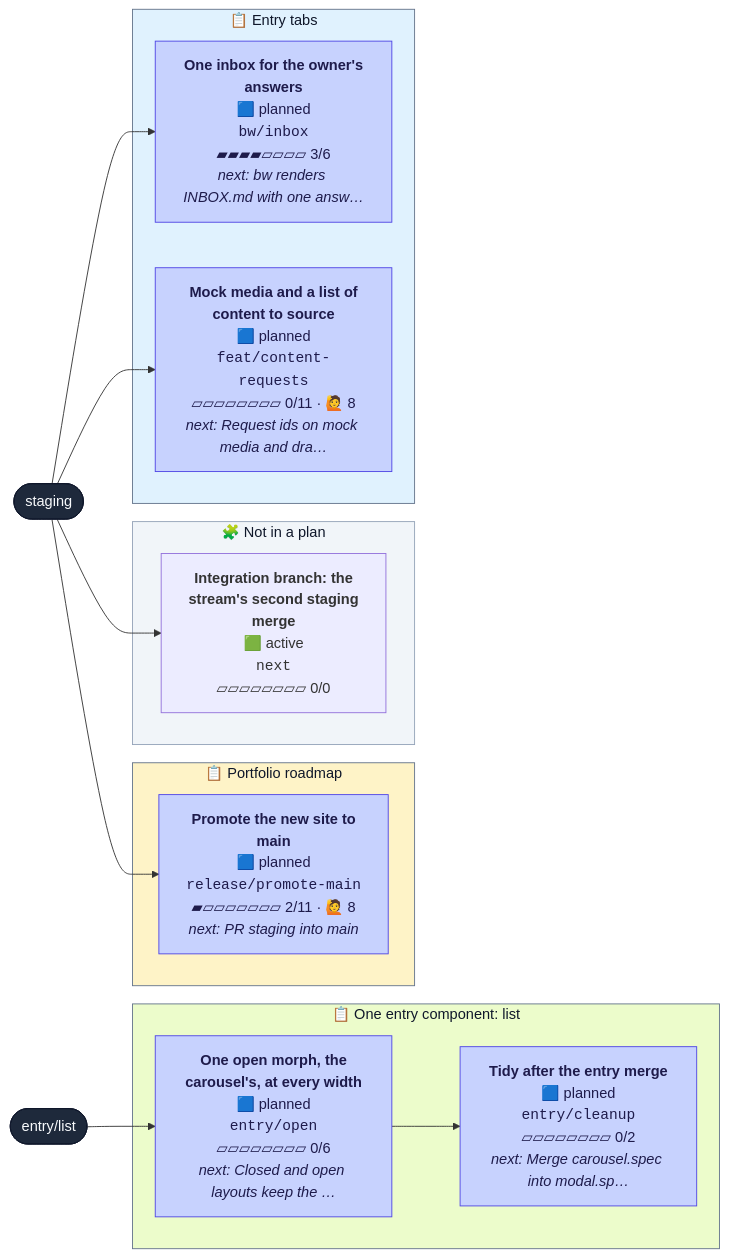
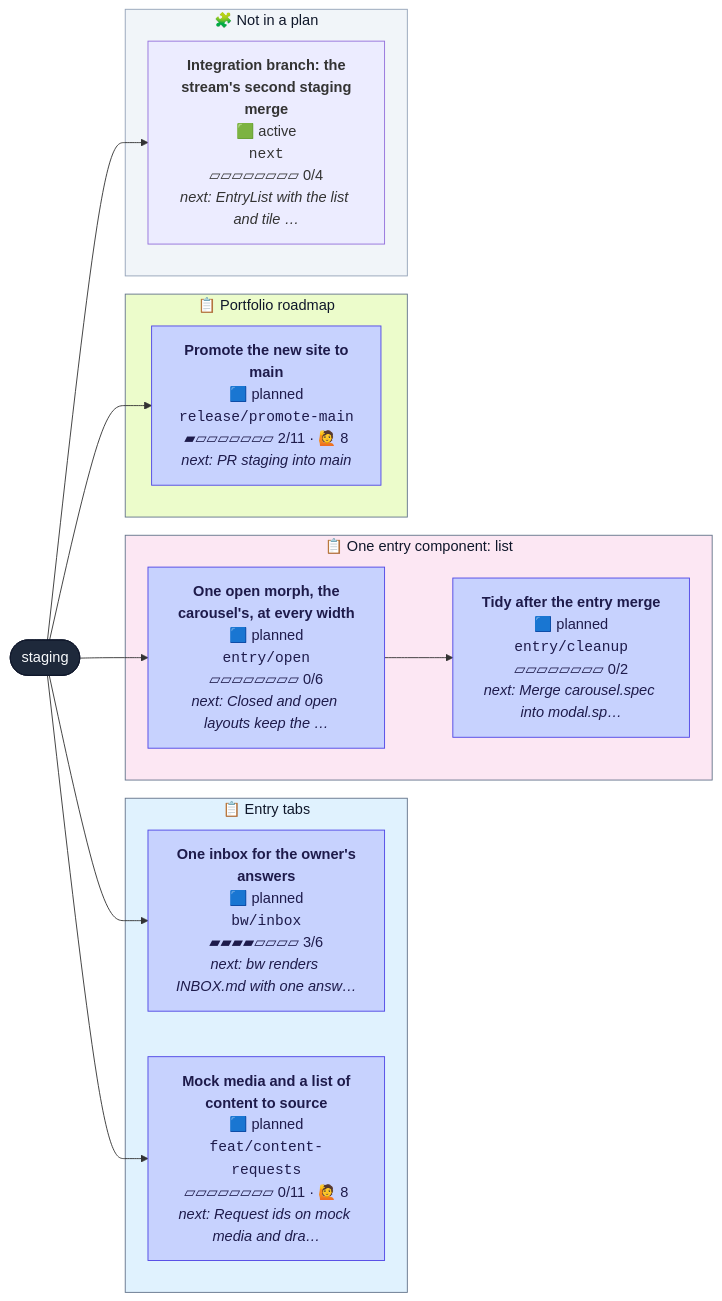
The diagram in CONTRIBUTING.md (henryjonescodes/portfolio), drawn with Mermaid before and after one commit. The commit also changed other lines of this file, not shown here.

````diff
--- a/CONTRIBUTING.md
+++ b/CONTRIBUTING.md
@@ -17,43 +17,41 @@
 ```mermaid
 flowchart LR
   n_staging([staging])
   class n_staging trunk
-  n_entry_list([entry/list])
-  class n_entry_list trunk
   subgraph plan_0["📋 Entry tabs"]
     n_bw_inbox["<b>One inbox for the owner's<br/>answers</b><br/>🟦 planned<br/><code>bw/inbox</code><br/>▰▰▰▰▱▱▱▱ 3/6<br/><i>next: bw renders INBOX.md with one answ…</i>"]
     class n_bw_inbox planned
     n_feat_content_requests["<b>Mock media and a list of<br/>content to source</b><br/>🟦 planned<br/><code>feat/content-requests</code><br/>▱▱▱▱▱▱▱▱ 0/11 · 🙋 8<br/><i>next: Request ids on mock media and dra…</i>"]
     class n_feat_content_requests planned
   end
   style plan_0 fill:#e0f2fe,stroke:#64748b,color:#0f172a
-  subgraph plan_2["📋 One entry component: list"]
+  subgraph plan_1["📋 One entry component: list"]
     n_entry_cleanup["<b>Tidy after the entry merge</b><br/>🟦 planned<br/><code>entry/cleanup</code><br/>▱▱▱▱▱▱▱▱ 0/2<br/><i>next: Merge carousel.spec into modal.sp…</i>"]
     class n_entry_cleanup planned
     n_entry_open["<b>One open morph, the<br/>carousel's, at every width</b><br/>🟦 planned<br/><code>entry/open</code><br/>▱▱▱▱▱▱▱▱ 0/6<br/><i>next: Closed and open layouts keep the …</i>"]
     class n_entry_open planned
   end
-  style plan_2 fill:#ecfccb,stroke:#64748b,color:#0f172a
-  subgraph plan_3["📋 Portfolio roadmap"]
+  style plan_1 fill:#fce7f3,stroke:#64748b,color:#0f172a
+  subgraph plan_2["📋 Portfolio roadmap"]
     n_release_promote_main["<b>Promote the new site to<br/>main</b><br/>🟦 planned<br/><code>release/promote-main</code><br/>▰▱▱▱▱▱▱▱ 2/11 · 🙋 8<br/><i>next: PR staging into main</i>"]
     class n_release_promote_main planned
   end
-  style plan_3 fill:#fef3c7,stroke:#64748b,color:#0f172a
+  style plan_2 fill:#ecfccb,stroke:#64748b,color:#0f172a
   subgraph loose["🧩 Not in a plan"]
-    n_next["<b>Integration branch: the<br/>stream's second staging<br/>merge</b><br/>🟩 active<br/><code>next</code><br/>▱▱▱▱▱▱▱▱ 0/0"]
+    n_next["<b>Integration branch: the<br/>stream's second staging<br/>merge</b><br/>🟩 active<br/><code>next</code><br/>▱▱▱▱▱▱▱▱ 0/4<br/><i>next: EntryList with the list and tile …</i>"]
     class n_next active,current
   end
   style loose fill:#f1f5f9,stroke:#94a3b8,color:#0f172a
   n_staging --> n_bw_inbox
   n_entry_open --> n_entry_cleanup
-  n_entry_list --> n_entry_open
+  n_staging --> n_entry_open
   n_staging --> n_feat_content_requests
   n_staging --> n_next
   n_staging --> n_release_promote_main
   classDef planned fill:#c7d2fe,stroke:#4f46e5,color:#1e1b4b
   classDef active fill:#bbf7d0,stroke:#16a34a,stroke-width:3px,color:#052e16
   classDef review fill:#fde68a,stroke:#d97706,stroke-width:3px,color:#451a03
   classDef blocked fill:#fecaca,stroke:#dc2626,stroke-width:3px,color:#450a0a
   classDef trunk fill:#1e293b,stroke:#0f172a,color:#f8fafc
   classDef current stroke:#0ea5e9,stroke-width:5px
 ```
````
